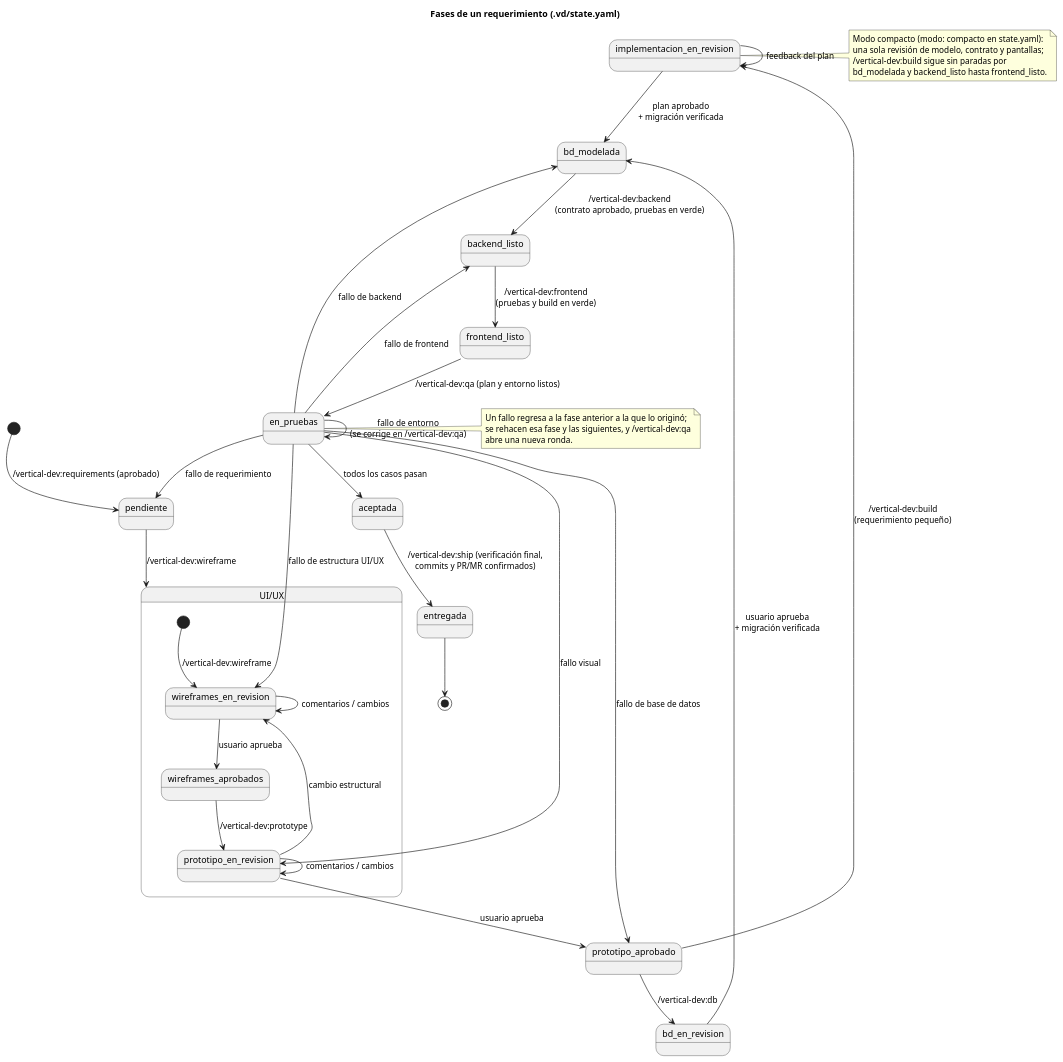
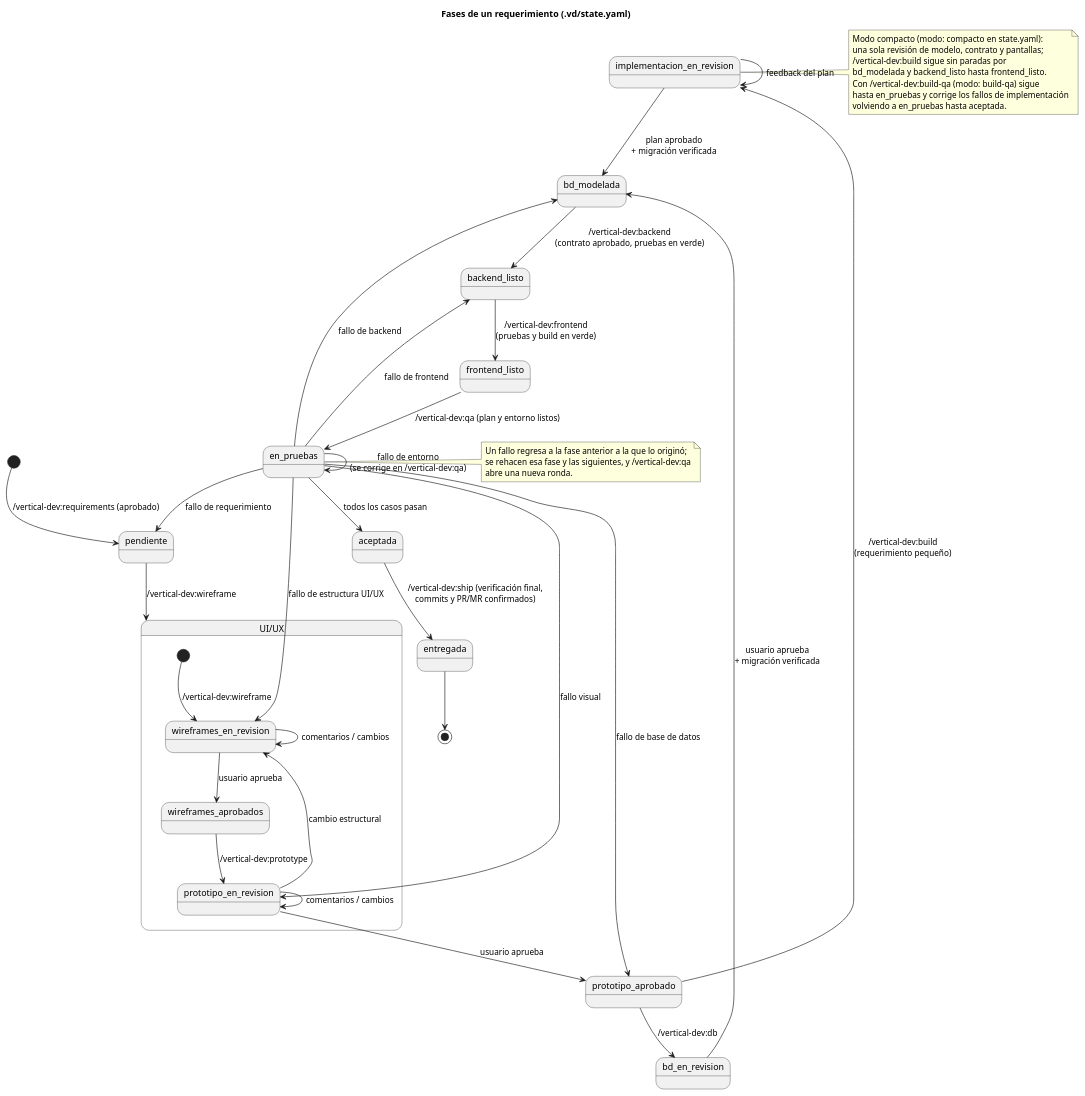
The diagram in docs/workflow/estados-funcionalidad.puml (Antonioescp/ai-plugin-vertical-development), drawn with PlantUML before and after one commit. The commit also changed 7 other files, not shown here.

First line of the commit message:
Añade el skill build-qa: implementación, pruebas y corrección de punta a punta

```diff
--- a/docs/workflow/estados-funcionalidad.puml
+++ b/docs/workflow/estados-funcionalidad.puml
@@ -1,55 +1,58 @@
 @startuml estados-funcionalidad
 title Fases de un requerimiento (.vd/state.yaml)
 
 [*] --> pendiente : /vertical-dev:requirements (aprobado)
 
 state "UI/UX" as ux {
   state wireframes_en_revision
   state wireframes_aprobados
   state prototipo_en_revision
   [*] --> wireframes_en_revision : /vertical-dev:wireframe
   wireframes_en_revision --> wireframes_en_revision : comentarios / cambios
   wireframes_en_revision --> wireframes_aprobados : usuario aprueba
   wireframes_aprobados --> prototipo_en_revision : /vertical-dev:prototype
   prototipo_en_revision --> prototipo_en_revision : comentarios / cambios
   prototipo_en_revision --> wireframes_en_revision : cambio estructural
 }
 
 pendiente --> ux : /vertical-dev:wireframe
 prototipo_en_revision --> prototipo_aprobado : usuario aprueba
 prototipo_aprobado --> bd_en_revision : /vertical-dev:db
 bd_en_revision --> bd_modelada : usuario aprueba\n+ migración verificada
 bd_modelada --> backend_listo : /vertical-dev:backend\n(contrato aprobado, pruebas en verde)
 backend_listo --> frontend_listo : /vertical-dev:frontend\n(pruebas y build en verde)
 frontend_listo --> en_pruebas : /vertical-dev:qa (plan y entorno listos)
 
 prototipo_aprobado --> implementacion_en_revision : /vertical-dev:build\n(requerimiento pequeño)
 implementacion_en_revision --> implementacion_en_revision : feedback del plan
 implementacion_en_revision --> bd_modelada : plan aprobado\n+ migración verificada
 
 note right of implementacion_en_revision
   Modo compacto (modo: compacto en state.yaml):
   una sola revisión de modelo, contrato y pantallas;
   /vertical-dev:build sigue sin paradas por
   bd_modelada y backend_listo hasta frontend_listo.
+  Con /vertical-dev:build-qa (modo: build-qa) sigue
+  hasta en_pruebas y corrige los fallos de implementación
+  volviendo a en_pruebas hasta aceptada.
 end note
 
 en_pruebas --> aceptada : todos los casos pasan
 en_pruebas --> en_pruebas : fallo de entorno\n(se corrige en /vertical-dev:qa)
 en_pruebas --> pendiente : fallo de requerimiento
 en_pruebas --> wireframes_en_revision : fallo de estructura UI/UX
 en_pruebas --> prototipo_en_revision : fallo visual
 en_pruebas --> prototipo_aprobado : fallo de base de datos
 en_pruebas --> bd_modelada : fallo de backend
 en_pruebas --> backend_listo : fallo de frontend
 
 aceptada --> entregada : /vertical-dev:ship (verificación final,\ncommits y PR/MR confirmados)
 entregada --> [*]
 
 note right of en_pruebas
   Un fallo regresa a la fase anterior a la que lo originó;
   se rehacen esa fase y las siguientes, y /vertical-dev:qa
   abre una nueva ronda.
 end note
 
 @enduml
```
